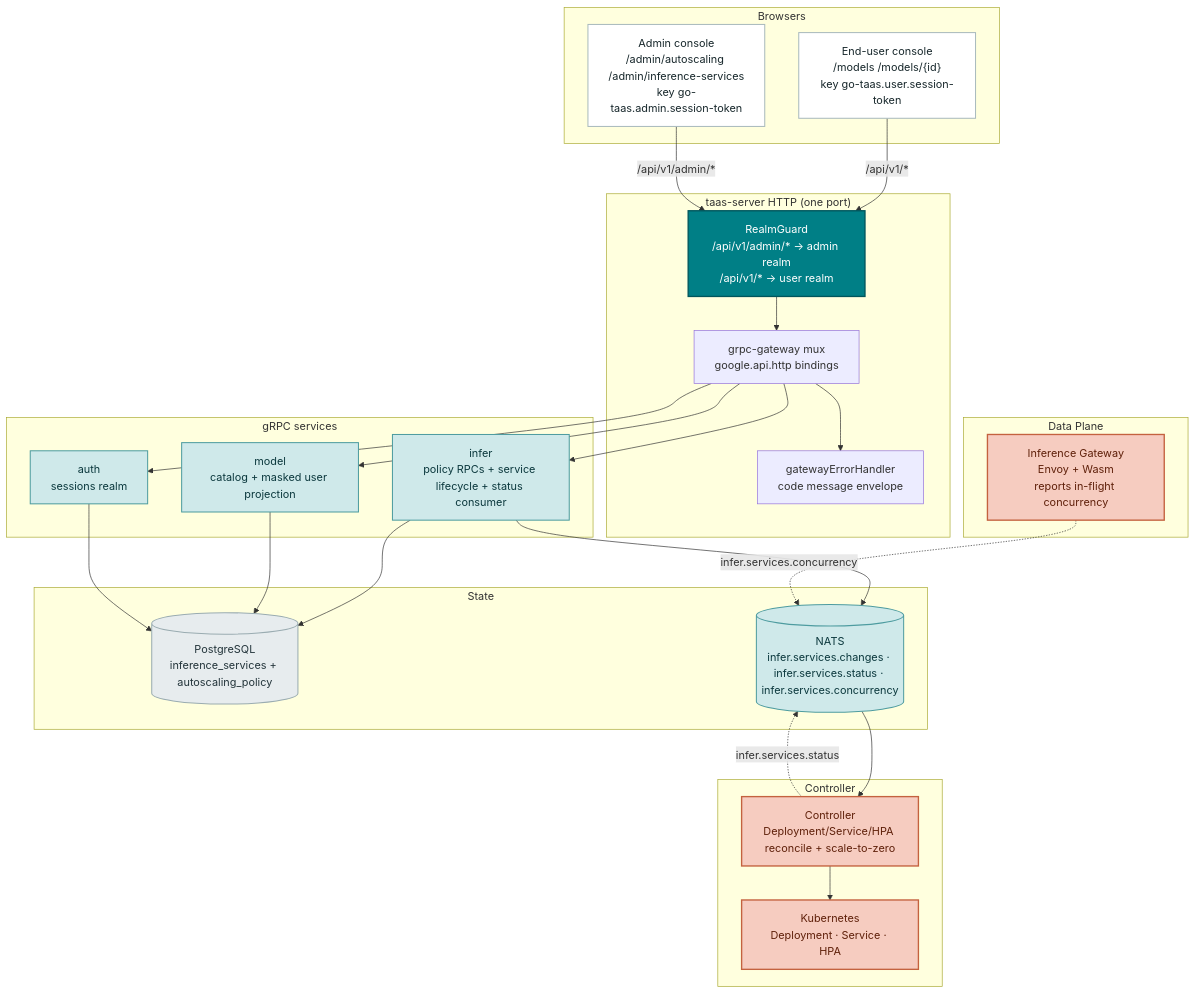
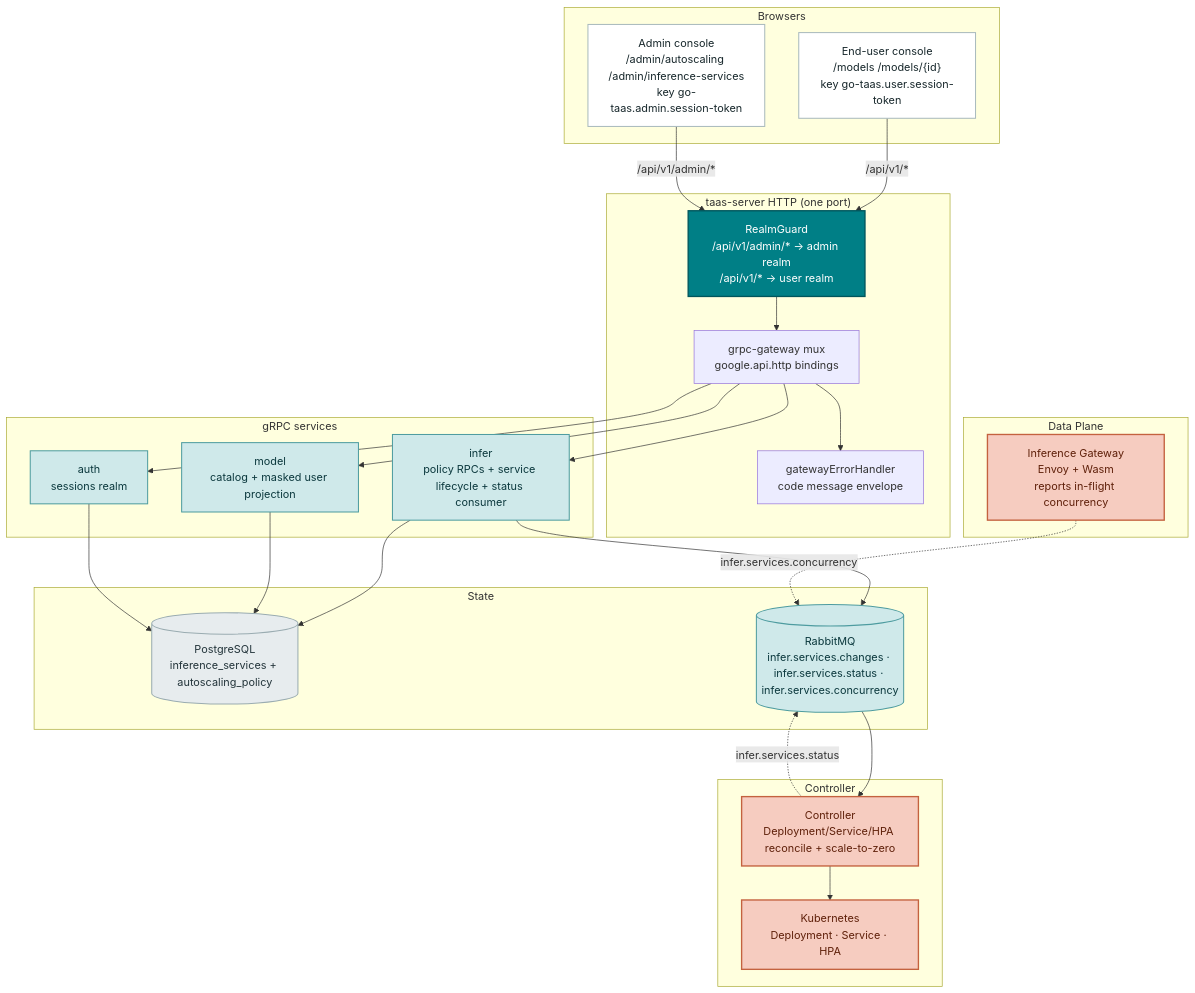
Before and after one commit to go-taas/go-taas: the first of 5 diagrams in site/docs/architecture/inference-autoscaling.md, drawn with Mermaid. The commit also changed other lines of this file and 35 other files, not shown here.

First line of the commit message:
docs: replace NATS with RabbitMQ across docs

````diff
--- a/site/docs/architecture/inference-autoscaling.md
+++ b/site/docs/architecture/inference-autoscaling.md
@@ -79,59 +79,59 @@
 ```mermaid
 flowchart TD
     subgraph browsers["Browsers"]
         UC["End-user console<br/>/models /models/{id}<br/>key go-taas.user.session-token"]
         AC["Admin console<br/>/admin/autoscaling /admin/inference-services<br/>key go-taas.admin.session-token"]
     end
 
     subgraph gateway["taas-server HTTP (one port)"]
         GUARD["RealmGuard<br/>/api/v1/admin/* -> admin realm<br/>/api/v1/* -> user realm"]
         MUX["grpc-gateway mux<br/>google.api.http bindings"]
         ERR["gatewayErrorHandler<br/>code message envelope"]
     end
 
     subgraph services["gRPC services"]
         INFER["infer<br/>policy RPCs + service lifecycle + status consumer"]
         MODEL["model<br/>catalog + masked user projection"]
         AUTH["auth<br/>sessions realm"]
     end
 
     subgraph stores["State"]
         PG[("PostgreSQL<br/>inference_services + autoscaling_policy")]
-        MQ[("NATS<br/>infer.services.changes · infer.services.status · infer.services.concurrency")]
+        MQ[("RabbitMQ<br/>infer.services.changes · infer.services.status · infer.services.concurrency")]
     end
 
     subgraph ctrl["Controller"]
         CTRL["Controller<br/>Deployment/Service/HPA reconcile + scale-to-zero"]
         K8S["Kubernetes<br/>Deployment · Service · HPA"]
     end
 
     subgraph dp["Data Plane"]
         DGW["Inference Gateway<br/>Envoy + Wasm<br/>reports in-flight concurrency"]
     end
 
     UC -->|"/api/v1/*"| GUARD
     AC -->|"/api/v1/admin/*"| GUARD
     GUARD --> MUX
     MUX --> ERR
     MUX --> INFER
     MUX --> MODEL
     MUX --> AUTH
     INFER --> PG
     INFER --> MQ
     MODEL --> PG
     AUTH --> PG
     MQ --> CTRL
     CTRL --> K8S
     DGW -.->|"infer.services.concurrency"| MQ
     CTRL -.->|"infer.services.status"| MQ
     classDef consumer fill:#FFFFFF,stroke:#A9BABD,stroke-width:1.5px,color:#17272B
     classDef edge fill:#007F86,stroke:#00565C,stroke-width:2px,color:#FFFFFF
     classDef svc fill:#CFE9EA,stroke:#4E9CA0,stroke-width:1.5px,color:#0B383D
     classDef store fill:#E7ECEE,stroke:#9AACB1,stroke-width:1.5px,color:#23343A
     classDef dpg fill:#F6CCC0,stroke:#C4623F,stroke-width:2px,color:#5F200A
     class UC,AC consumer
     class GUARD edge
     class INFER,MODEL,AUTH,MQ svc
     class PG store
     class CTRL,K8S,DGW dpg
 ```
````
